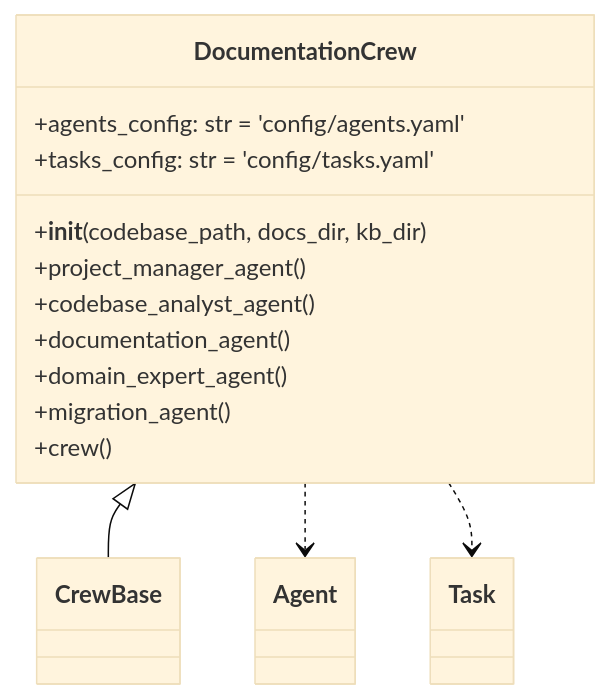
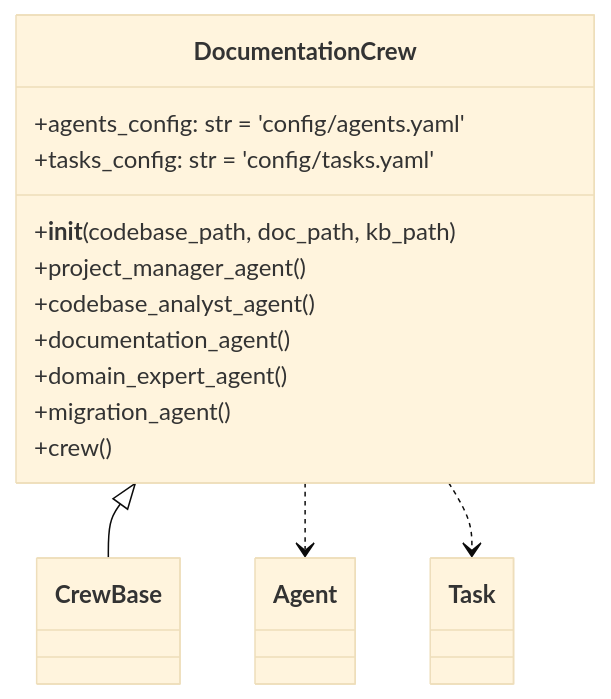
Before and after one commit to gsantopaolo/reforge-ai: the first of 3 diagrams in docs/documentation_generation.md, drawn with Mermaid (base theme). The commit also changed other lines of this file, not shown here.

````diff
--- a/docs/documentation_generation.md
+++ b/docs/documentation_generation.md
@@ -44,17 +48,17 @@
 ```mermaid
 classDiagram
-    class DocumentationCrew {
-        +agents_config: str = 'config/agents.yaml'
-        +tasks_config: str = 'config/tasks.yaml'
-        +__init__(codebase_path, docs_dir, kb_dir)
-        +project_manager_agent()
-        +codebase_analyst_agent()
-        +documentation_agent()
-        +domain_expert_agent()
-        +migration_agent()
-        +crew()
-    }
-    DocumentationCrew <|-- CrewBase
-    DocumentationCrew ..> Agent
-    DocumentationCrew ..> Task
+  class DocumentationCrew {
+    +agents_config: str = 'config/agents.yaml'
+    +tasks_config: str = 'config/tasks.yaml'
+    +__init__(codebase_path, doc_path, kb_path)
+    +project_manager_agent()
+    +codebase_analyst_agent()
+    +documentation_agent()
+    +domain_expert_agent()
+    +migration_agent()
+    +crew()
+  }
+  DocumentationCrew <|-- CrewBase
+  DocumentationCrew ..> Agent
+  DocumentationCrew ..> Task
 ```
````
